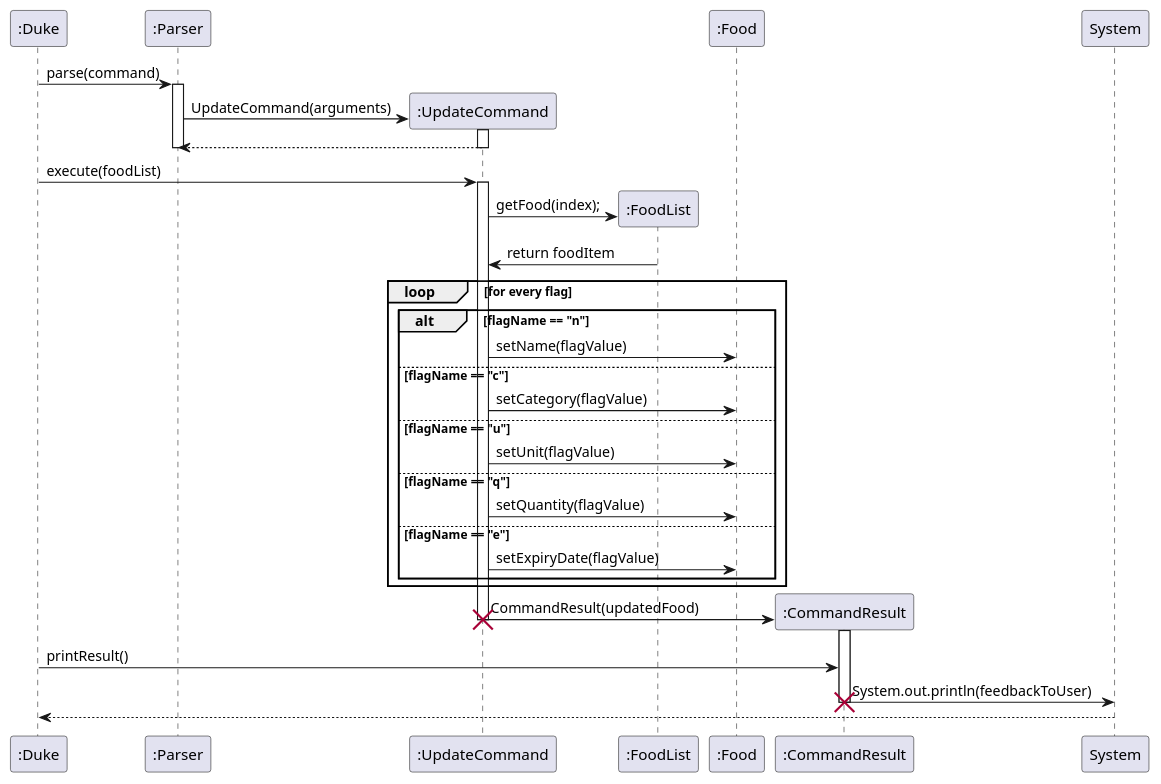
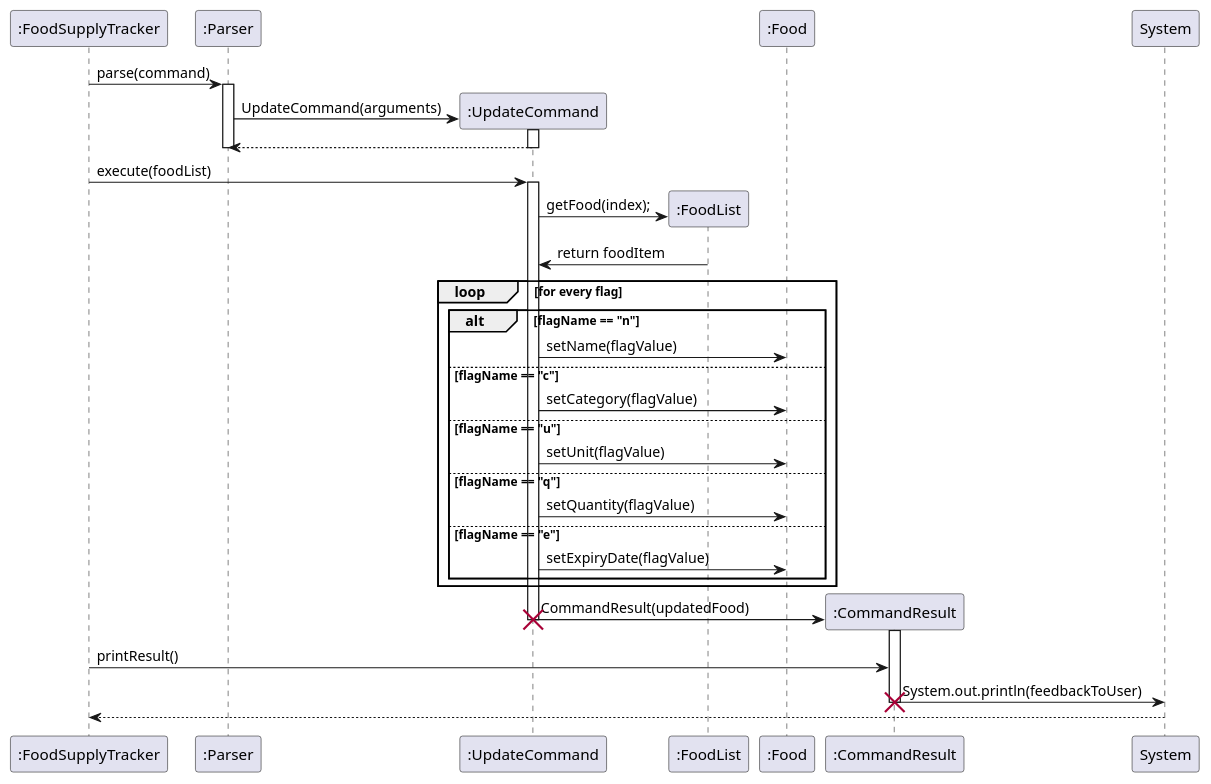
The diagram in docs/puml/UpdateCommandSequenceDiagram.puml (tsx0314/tp), drawn with PlantUML before and after one commit. The commit also changed 103 other files, not shown here.

```diff
--- a/docs/puml/UpdateCommandSequenceDiagram.puml
+++ b/docs/puml/UpdateCommandSequenceDiagram.puml
@@ -1,45 +1,45 @@
 @startuml
-":Duke" -> ":Parser": parse(command)
+":FoodSupplyTracker" -> ":Parser": parse(command)
 activate ":Parser"
 
 create ":UpdateCommand"
 ":UpdateCommand" <- ":Parser" : UpdateCommand(arguments)
 activate ":UpdateCommand"
 ":UpdateCommand" --> ":Parser"
 deactivate ":UpdateCommand"
 deactivate ":Parser"
 
-":Duke" -> ":UpdateCommand" : execute(foodList)
+":FoodSupplyTracker" -> ":UpdateCommand" : execute(foodList)
 activate ":UpdateCommand"
 
 create ":FoodList"
 ":UpdateCommand" -> ":FoodList": getFood(index);
 ":FoodList" -> ":UpdateCommand": return foodItem
 
 loop for every flag
     alt flagName == "n"
         ":UpdateCommand" -> ":Food": setName(flagValue)
     else flagName == "c"
             ":UpdateCommand" -> ":Food": setCategory(flagValue)
     else flagName == "u"
             ":UpdateCommand" -> ":Food": setUnit(flagValue)
     else flagName == "q"
             ":UpdateCommand" -> ":Food": setQuantity(flagValue)
     else flagName == "e"
             ":UpdateCommand" -> ":Food": setExpiryDate(flagValue)
     end
 end
 
 create ":CommandResult"
 ":UpdateCommand" -> ":CommandResult" : CommandResult(updatedFood)
 activate ":CommandResult"
 deactivate ":UpdateCommand"
 destroy ":UpdateCommand"
 
-":Duke" -> ":CommandResult": printResult()
+":FoodSupplyTracker" -> ":CommandResult": printResult()
 ":CommandResult"->System: System.out.println(feedbackToUser)
 deactivate ":CommandResult"
 destroy ":CommandResult"
 
-System --> ":Duke"
+System --> ":FoodSupplyTracker"
 @enduml
```
